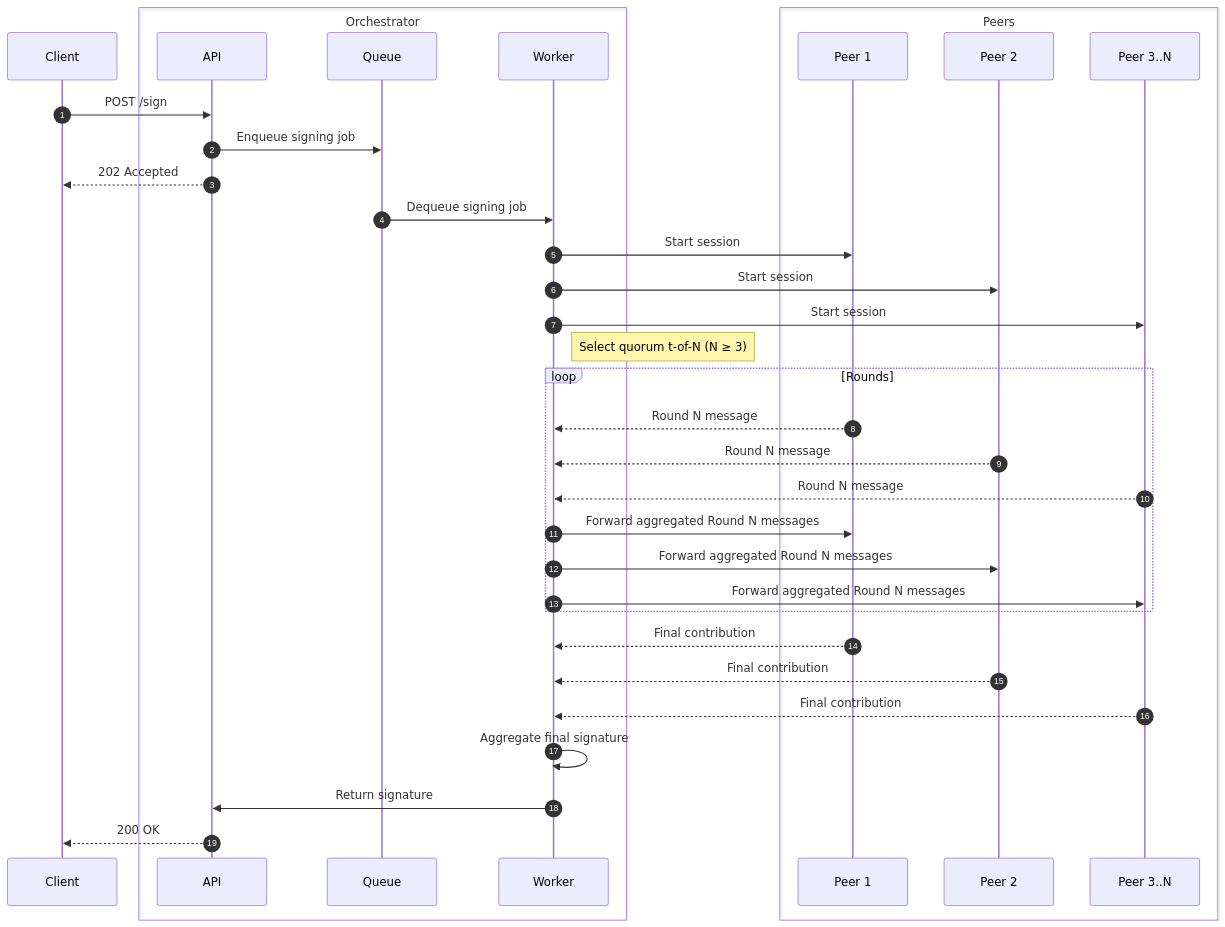
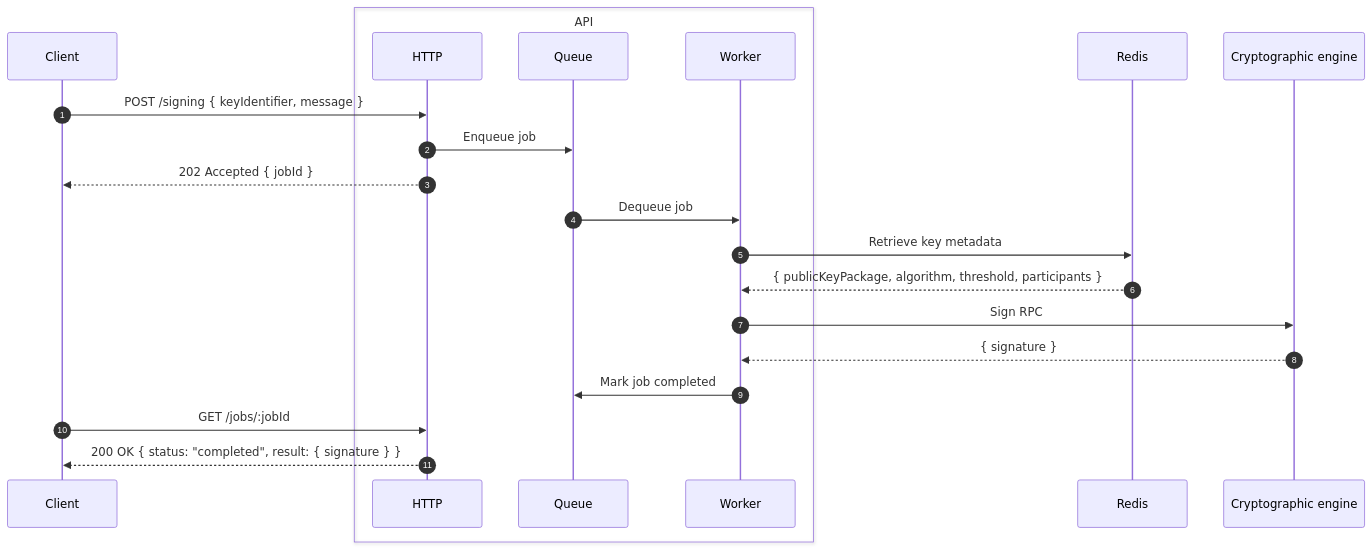
Before and after one commit to shreeed-app/multi-party-computation-controller-api: the second of 2 diagrams in README.md, drawn with Mermaid. The commit also changed other lines of this file and 93 other files, not shown here.

Commit message:
feat: rewrite API with gRPC, BullMQ queues, bearer auth and Docker setup

````diff
--- a/README.md
+++ b/README.md
@@ -58,48 +58,30 @@
 ```mermaid
 sequenceDiagram
     autonumber
-
     participant Client
 
-    box Orchestrator
-        participant API
+    box API
+        participant HTTP
         participant Queue
         participant Worker
     end
 
-    box Peers
-        participant FirstPeer as Peer 1
-        participant SecondPeer as Peer 2
-        participant NPeer as Peer 3..N
-    end
+    participant Redis
+    participant Engine as Cryptographic engine
 
-    Client->>API: POST /sign
-    API->>Queue: Enqueue signing job
-    API-->>Client: 202 Accepted
+    Client->>HTTP: POST /signing { keyIdentifier, message }
+    HTTP->>Queue: Enqueue job
+    HTTP-->>Client: 202 Accepted { jobId }
 
-    Queue->>Worker: Dequeue signing job
+    Queue->>Worker: Dequeue job
+    Worker->>Redis: Retrieve key metadata
+    Redis-->>Worker: { publicKeyPackage, algorithm, threshold, participants }
 
-    Worker->>FirstPeer: Start session
-    Worker->>SecondPeer: Start session
-    Worker->>NPeer: Start session
+    Worker->>Engine: Sign RPC
+    Engine-->>Worker: { signature }
 
-    Note right of Worker: Select quorum t-of-N (N ≥ 3)
-    loop Rounds
-        FirstPeer-->>Worker: Round N message
-        SecondPeer-->>Worker: Round N message
-        NPeer-->>Worker: Round N message
+    Worker->>Queue: Mark job completed
 
-        Worker->>FirstPeer: Forward aggregated Round N messages
-        Worker->>SecondPeer: Forward aggregated Round N messages
-        Worker->>NPeer: Forward aggregated Round N messages
-    end
-
-    FirstPeer-->>Worker: Final contribution
-    SecondPeer-->>Worker: Final contribution
-    NPeer-->>Worker: Final contribution
-
-    Worker->>Worker: Aggregate final signature
-    Worker->>API: Return signature
-    API-->>Client: 200 OK
-
+    Client->>HTTP: GET /jobs/:jobId
+    HTTP-->>Client: 200 OK { status: "completed", result: { signature } }
 ```
````
